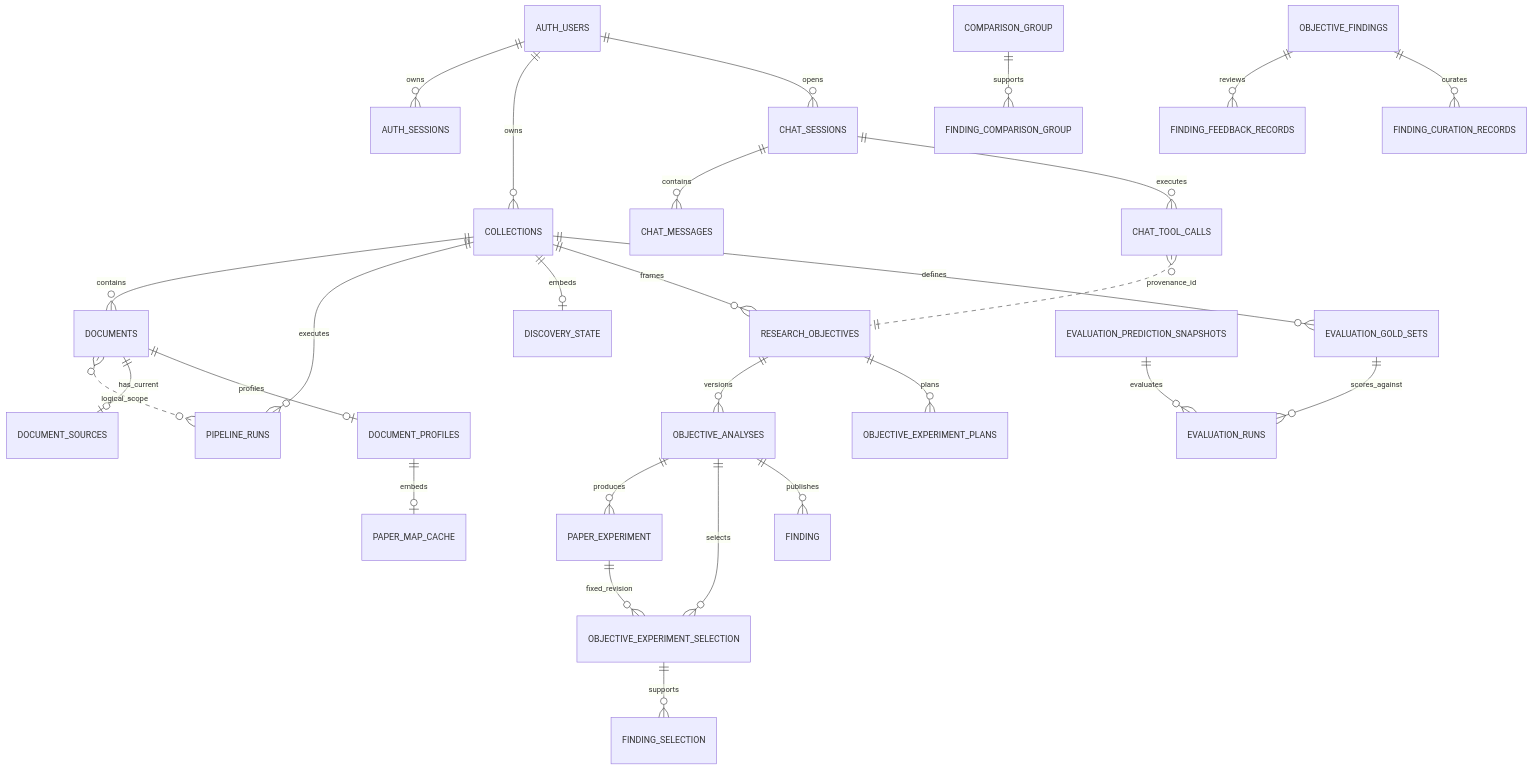
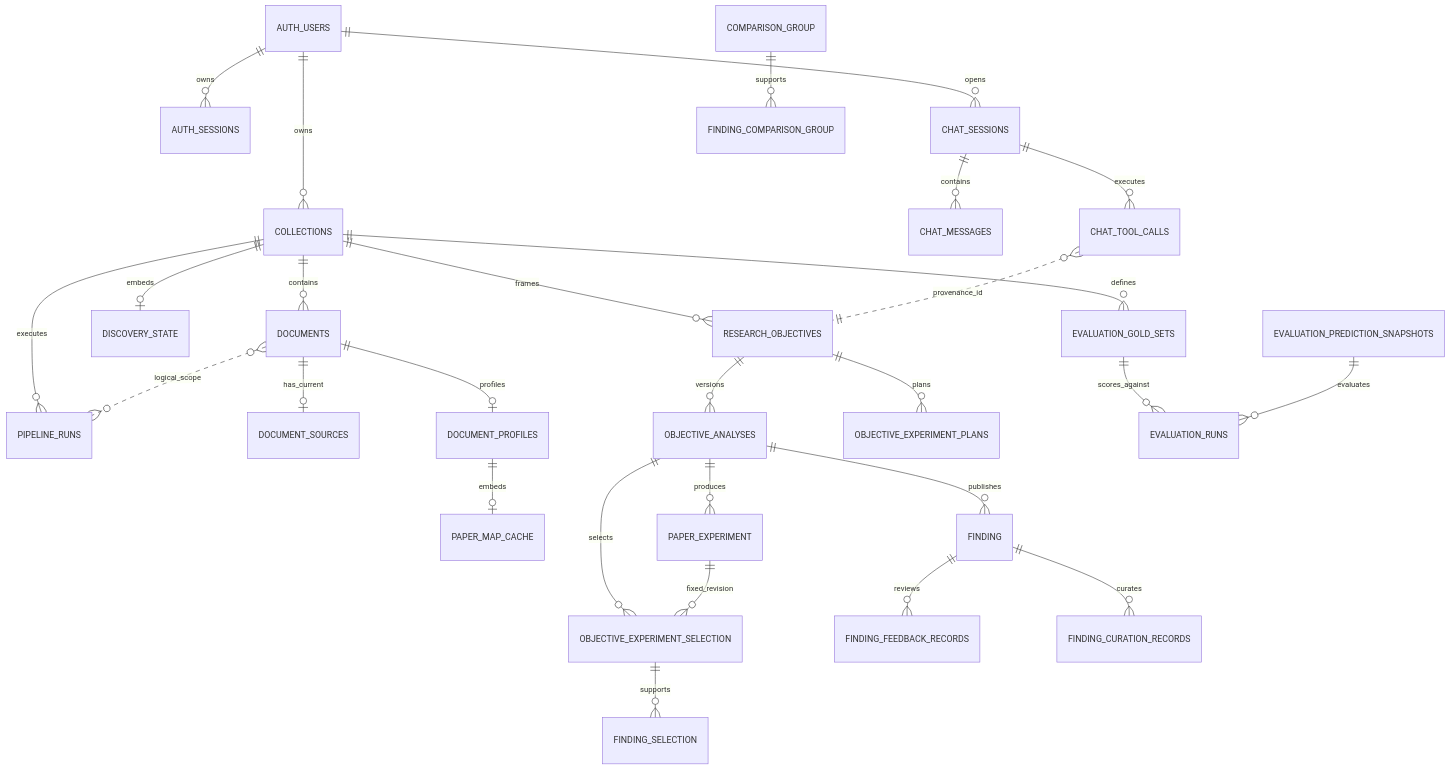
The second of 2 diagrams in backend/docs/architecture/database.md (JeanphiloGong/tsingai-lens), drawn with Mermaid before and after one commit. The commit also changed 22 other files, not shown here.

````diff
--- a/backend/docs/architecture/database.md
+++ b/backend/docs/architecture/database.md
@@ -330,30 +330,30 @@
 ```mermaid
 erDiagram
     AUTH_USERS ||--o{ AUTH_SESSIONS : owns
     AUTH_USERS ||--o{ COLLECTIONS : owns
     AUTH_USERS ||--o{ CHAT_SESSIONS : opens
     COLLECTIONS ||--o{ DOCUMENTS : contains
     COLLECTIONS ||--o{ PIPELINE_RUNS : executes
     DOCUMENTS }o..o{ PIPELINE_RUNS : logical_scope
     DOCUMENTS ||--o| DOCUMENT_SOURCES : has_current
     DOCUMENTS ||--o| DOCUMENT_PROFILES : profiles
     DOCUMENT_PROFILES ||--o| PAPER_MAP_CACHE : embeds
     COLLECTIONS ||--o| DISCOVERY_STATE : embeds
     COLLECTIONS ||--o{ RESEARCH_OBJECTIVES : frames
     RESEARCH_OBJECTIVES ||--o{ OBJECTIVE_ANALYSES : versions
     OBJECTIVE_ANALYSES ||--o{ PAPER_EXPERIMENT : produces
     OBJECTIVE_ANALYSES ||--o{ OBJECTIVE_EXPERIMENT_SELECTION : selects
     PAPER_EXPERIMENT ||--o{ OBJECTIVE_EXPERIMENT_SELECTION : fixed_revision
     OBJECTIVE_EXPERIMENT_SELECTION ||--o{ FINDING_SELECTION : supports
     COMPARISON_GROUP ||--o{ FINDING_COMPARISON_GROUP : supports
     OBJECTIVE_ANALYSES ||--o{ FINDING : publishes
     CHAT_SESSIONS ||--o{ CHAT_MESSAGES : contains
     CHAT_SESSIONS ||--o{ CHAT_TOOL_CALLS : executes
     RESEARCH_OBJECTIVES ||--o{ OBJECTIVE_EXPERIMENT_PLANS : plans
-    OBJECTIVE_FINDINGS ||--o{ FINDING_FEEDBACK_RECORDS : reviews
-    OBJECTIVE_FINDINGS ||--o{ FINDING_CURATION_RECORDS : curates
+    FINDING ||--o{ FINDING_FEEDBACK_RECORDS : reviews
+    FINDING ||--o{ FINDING_CURATION_RECORDS : curates
     COLLECTIONS ||--o{ EVALUATION_GOLD_SETS : defines
     EVALUATION_GOLD_SETS ||--o{ EVALUATION_RUNS : scores_against
     EVALUATION_PREDICTION_SNAPSHOTS ||--o{ EVALUATION_RUNS : evaluates
     CHAT_TOOL_CALLS }o..|| RESEARCH_OBJECTIVES : provenance_id
 ```
````
